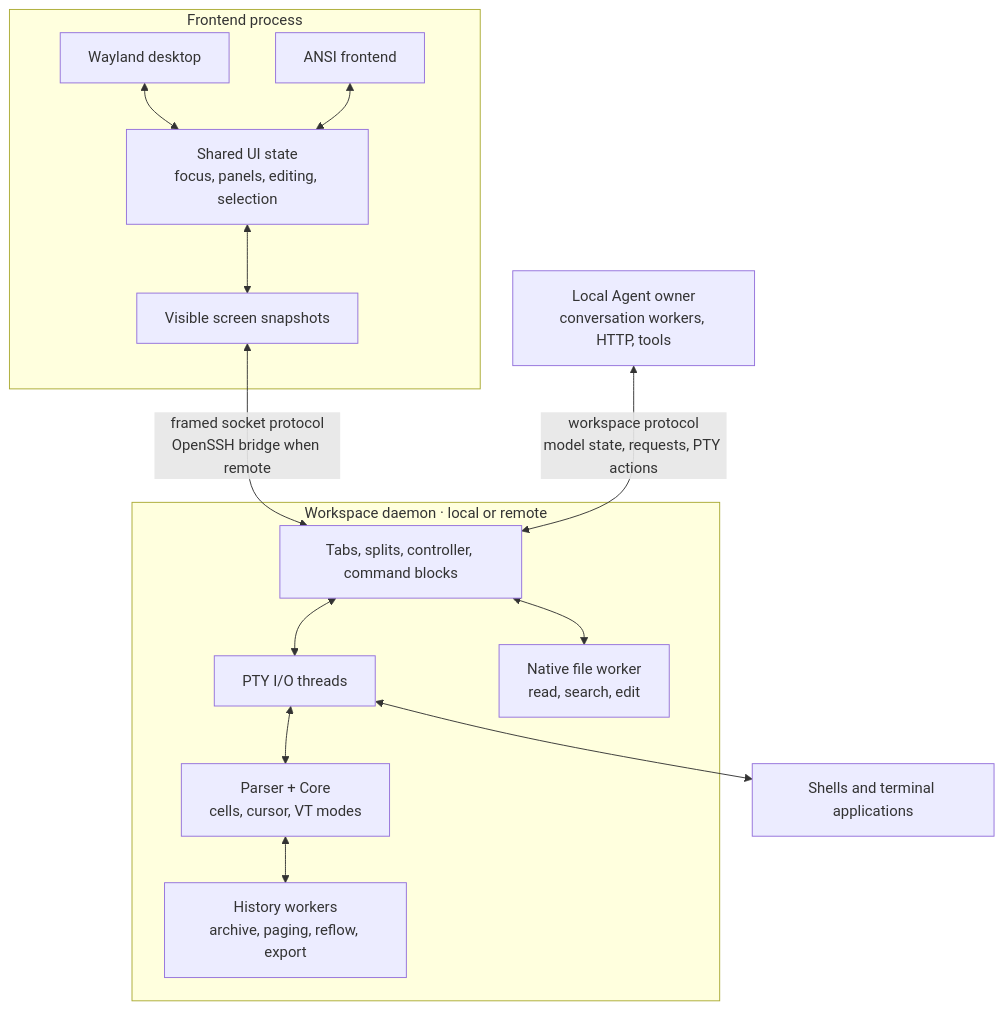
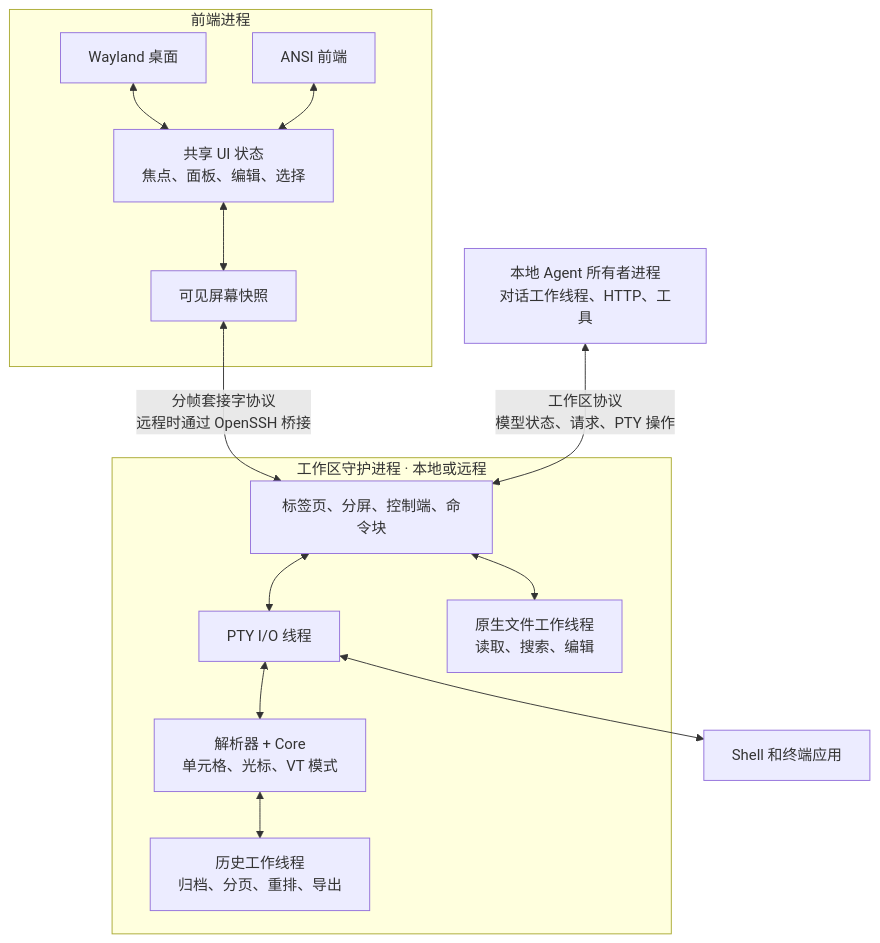
Before and after one commit to NEX-S/nextty: the first of 2 diagrams in README.md, drawn with Mermaid. The commit also changed other lines of this file and 22 other files, not shown here.

````diff
--- a/README.md
+++ b/README.md
@@ -190,27 +205,27 @@
 ```mermaid
 flowchart TB
-    subgraph Frontend["Frontend process"]
-        Wayland["Wayland desktop"]
-        ANSI["ANSI frontend"]
-        UI["Shared UI state<br/>focus, panels, editing, selection"]
-        Screens["Visible screen snapshots"]
+    subgraph Frontend["前端进程"]
+        Wayland["Wayland 桌面"]
+        ANSI["ANSI 前端"]
+        UI["共享 UI 状态<br/>焦点、面板、编辑、选择"]
+        Screens["可见屏幕快照"]
         Wayland <--> UI
         ANSI <--> UI
         UI <--> Screens
     end
-    subgraph Daemon["Workspace daemon · local or remote"]
-        Workspace["Tabs, splits, controller, command blocks"]
-        PTY["PTY I/O threads"]
-        Core["Parser + Core<br/>cells, cursor, VT modes"]
-        History["History workers<br/>archive, paging, reflow, export"]
-        Files["Native file worker<br/>read, search, edit"]
+    subgraph Daemon["工作区守护进程 · 本地或远程"]
+        Workspace["标签页、分屏、控制端、命令块"]
+        PTY["PTY I/O 线程"]
+        Core["解析器 + Core<br/>单元格、光标、VT 模式"]
+        History["历史工作线程<br/>归档、分页、重排、导出"]
+        Files["原生文件工作线程<br/>读取、搜索、编辑"]
         Workspace <--> PTY
         Workspace <--> Files
         PTY <--> Core
         Core <--> History
     end
-    Screens <-->|"framed socket protocol<br/>OpenSSH bridge when remote"| Workspace
-    Owner["Local Agent owner<br/>conversation workers, HTTP, tools"]
-    Owner <-->|"workspace protocol<br/>model state, requests, PTY actions"| Workspace
-    PTY <--> Shell["Shells and terminal applications"]
+    Screens <-->|"分帧套接字协议<br/>远程时通过 OpenSSH 桥接"| Workspace
+    Owner["本地 Agent 所有者进程<br/>对话工作线程、HTTP、工具"]
+    Owner <-->|"工作区协议<br/>模型状态、请求、PTY 操作"| Workspace
+    PTY <--> Shell["Shell 和终端应用"]
 ```
````
